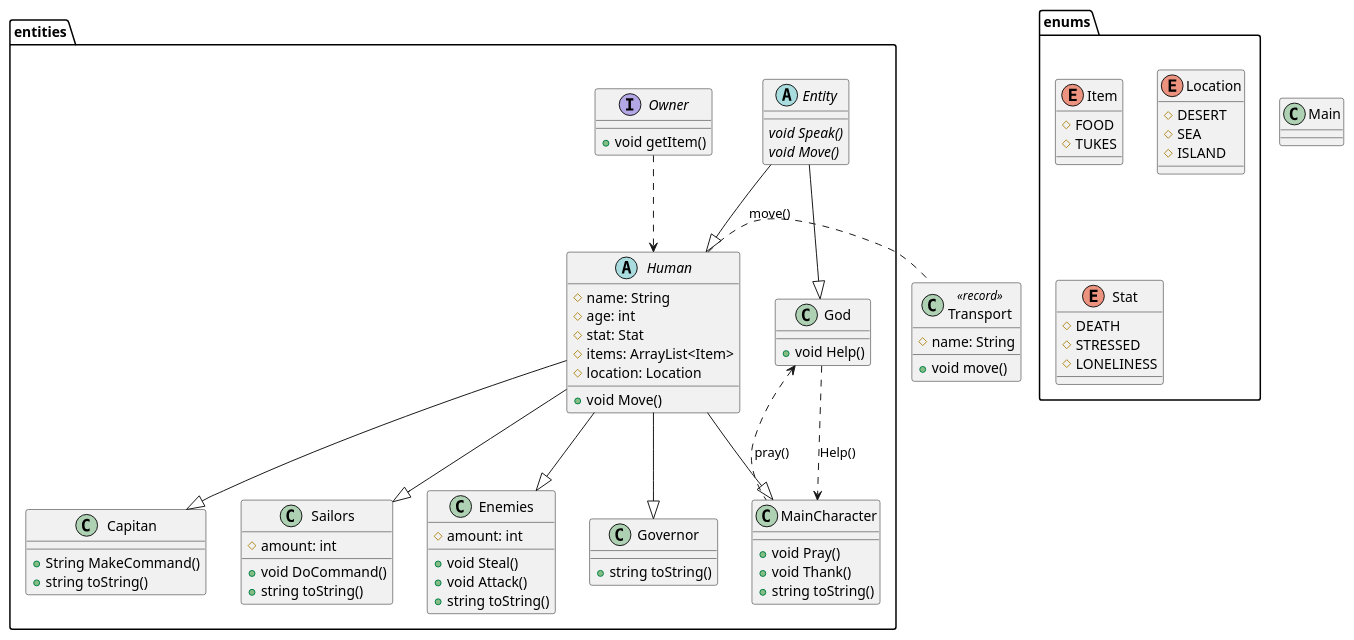
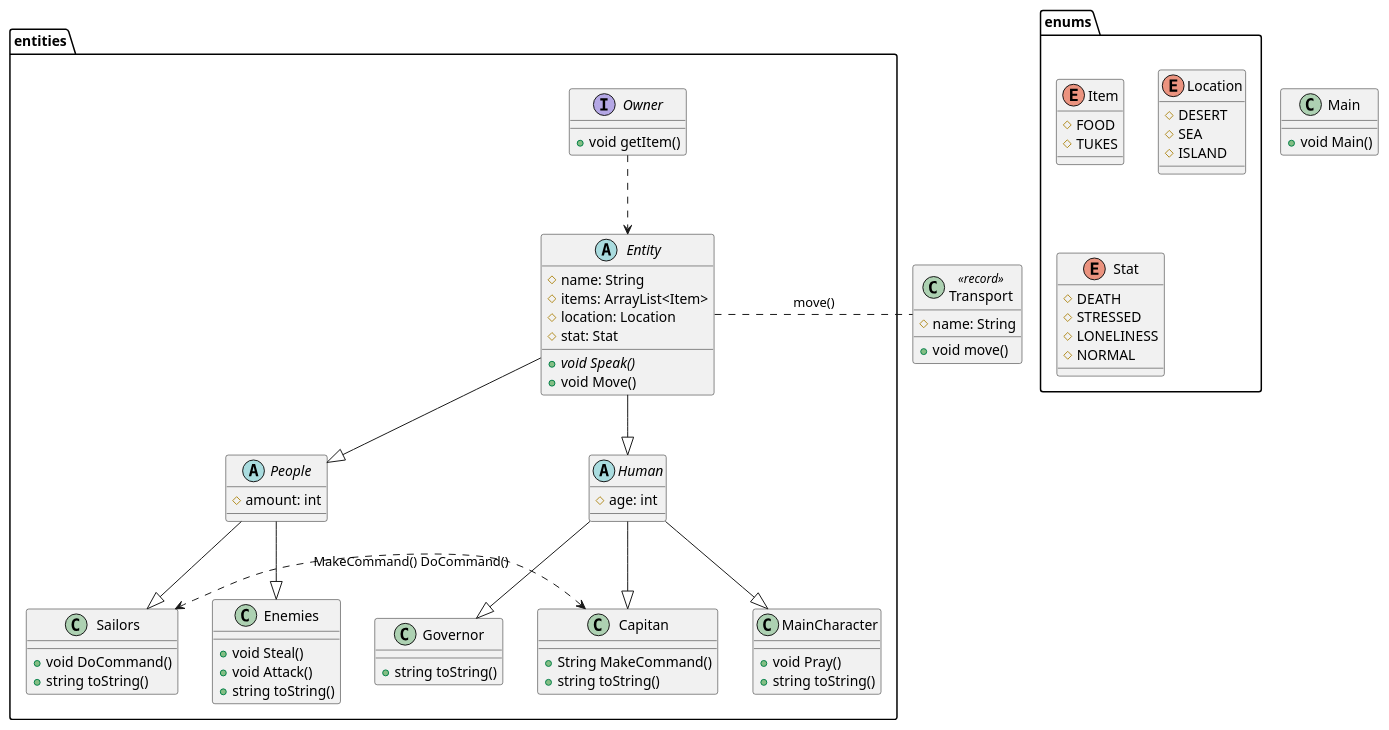
The diagram in semester1/programming/lab3/Diagram.puml (Dkanil/ITMO), drawn with PlantUML before and after one commit. The commit also changed 12 other files, not shown here.

```diff
--- a/semester1/programming/lab3/Diagram.puml
+++ b/semester1/programming/lab3/Diagram.puml
@@ -1,80 +1,77 @@
 @startuml
-Class Main
+Class Main{
+    + void Main()
+}
 package entities{
     abstract class Entity {
-        {abstract} void Speak()
-        {abstract} void Move()
+        # name: String
+        # items: ArrayList<Item>
+        # location: Location
+        # stat: Stat
+        + {abstract} void Speak()
+        + void Move()
     }
-    Class God {
-        + void Help()
+    abstract Class People {
+        # amount: int
     }
     abstract Class Human {
-        # name: String
         # age: int
-        # stat: Stat
-        # items: ArrayList<Item>
-        # location: Location
-        + void Move()
     }
     Class Capitan {
         + String MakeCommand()
         + string toString()
     }
     Class Sailors {
-        # amount: int
         + void DoCommand()
         + string toString()
     }
     Class Enemies {
-        # amount: int
         + void Steal()
         + void Attack()
         + string toString()
     }
     Class Governor {
         + string toString()
     }
     Class MainCharacter {
         + void Pray()
-        + void Thank()
         + string toString()
     }
     interface Owner{
         + void getItem()
     }
 }
 
 package enums{
     Enum Item{
         # FOOD
         # TUKES
     }
     Enum Location{
         # DESERT
         # SEA
         # ISLAND
     }
     Enum Stat {
         # DEATH
         # STRESSED
         # LONELINESS
+        # NORMAL
     }
 }
 class Transport <<record>>{
     # name: String
     + void move()
 }
 
-Human . Transport: move()
-God <.. MainCharacter: pray()
-God ..> MainCharacter: Help()
-Owner ..> Human
+Owner ..> Entity
+Entity . Transport: move()
 Entity --|> Human
-Entity --|> God
+Entity --|> People
 Human --|> Capitan
-Human --|> Sailors
-Human --|> Enemies
 Human --|> Governor
 Human --|> MainCharacter
-
+People --|> Sailors
+People --|> Enemies
+Capitan <.> Sailors: MakeCommand() DoCommand()
 @enduml
```
